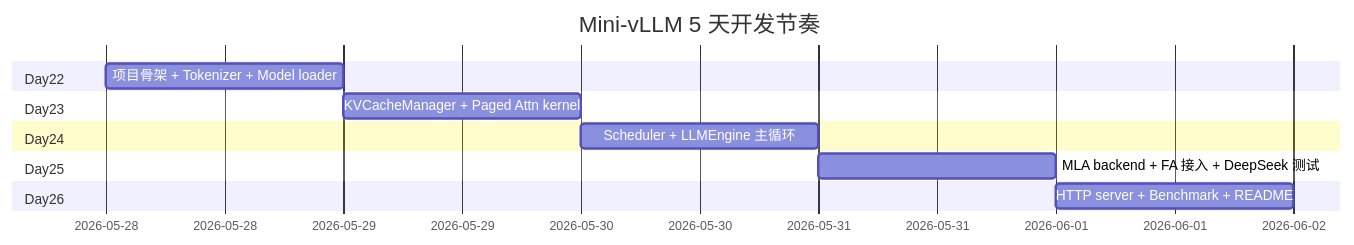
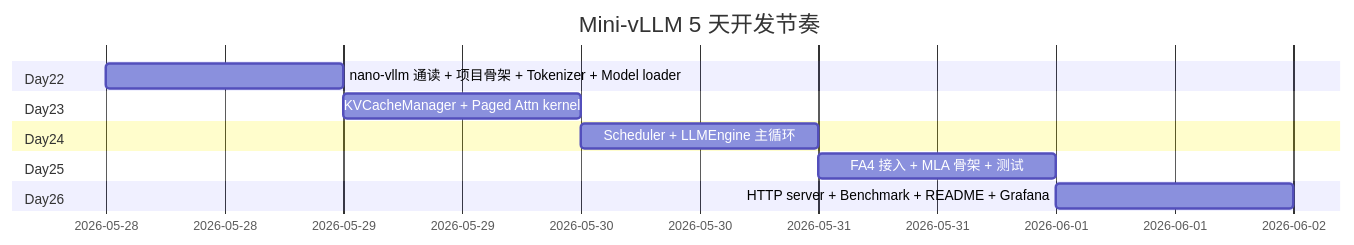
Before and after one commit to Xuefei-Zhang/llm-infer-journey: the third of 4 diagrams in 06-mini-vllm-design.md, drawn with Mermaid. The commit also changed other lines of this file and 9 other files, not shown here.

First line of the commit message:
feat: embed interview questions daily, nano-vllm reference, jobs tasks into plan

````diff
--- a/06-mini-vllm-design.md
+++ b/06-mini-vllm-design.md
@@ -470,15 +484,15 @@
 ```mermaid
 gantt
     title Mini-vLLM 5 天开发节奏
     dateFormat YYYY-MM-DD
     section Day22
-    项目骨架 + Tokenizer + Model loader  :2026-05-28, 1d
+    nano-vllm 通读 + 项目骨架 + Tokenizer + Model loader :2026-05-28, 1d
     section Day23
     KVCacheManager + Paged Attn kernel   :2026-05-29, 1d
     section Day24
     Scheduler + LLMEngine 主循环          :2026-05-30, 1d
     section Day25
-    MLA backend + FA 接入 + DeepSeek 测试 :2026-05-31, 1d
+    FA4 接入 + MLA 骨架 + 测试           :2026-05-31, 1d
     section Day26
-    HTTP server + Benchmark + README     :2026-06-01, 1d
+    HTTP server + Benchmark + README + Grafana :2026-06-01, 1d
 ```
````
